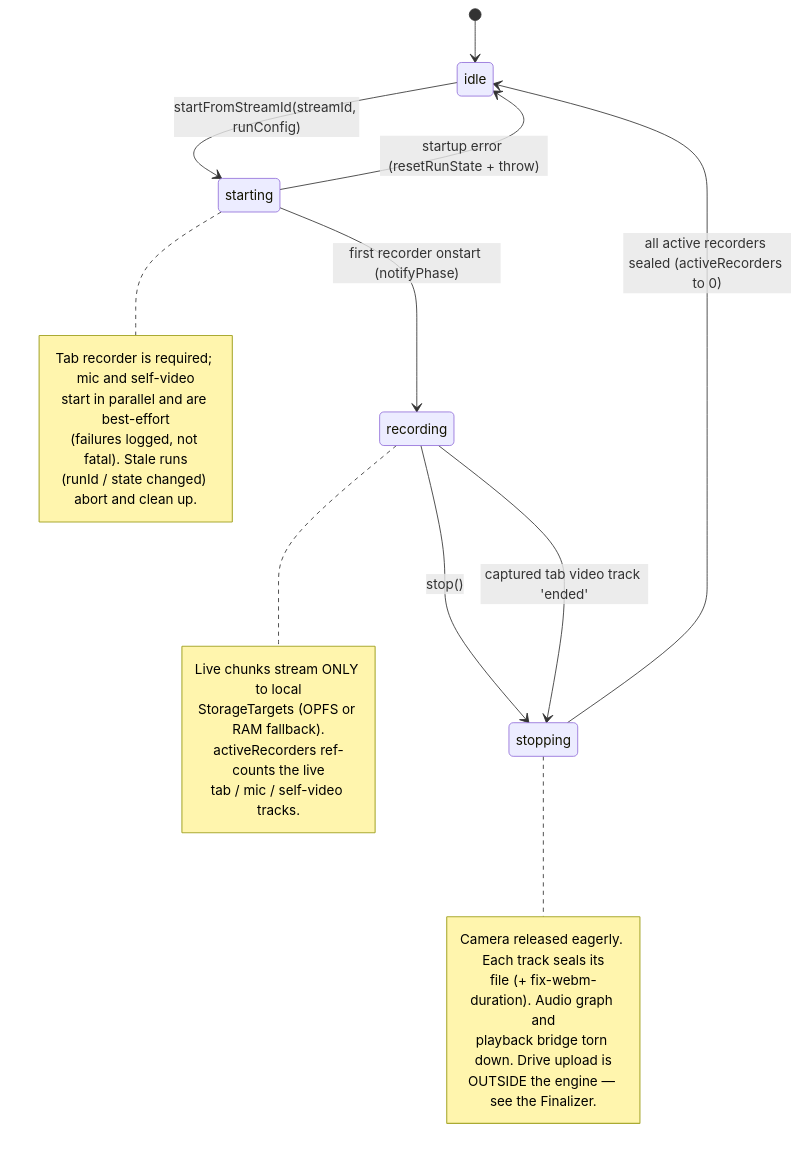
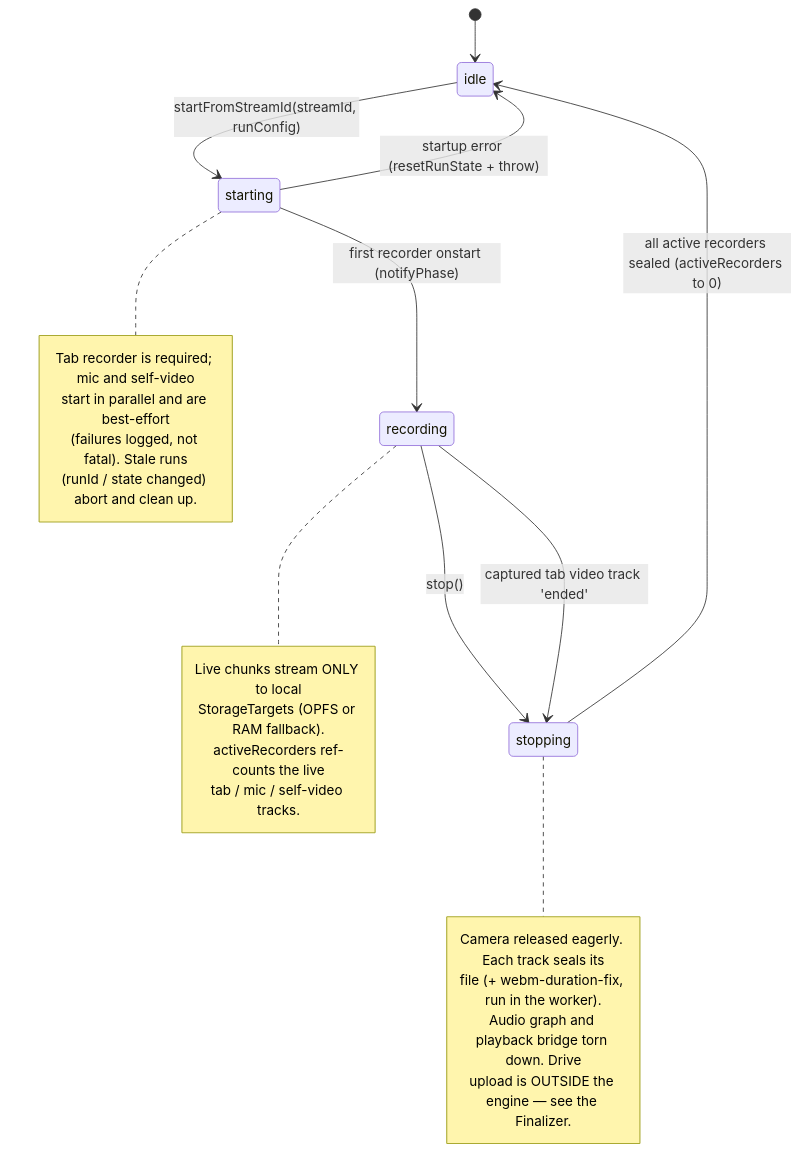
One commit to kstroevsky/chrome-meeting-recording-extension changed the eighth of 17 diagrams in README.md. Above: the diagram before and after it, drawn with Mermaid. The commit also changed other lines of this file and 1 other file, not shown here.

````diff
--- a/README.md
+++ b/README.md
@@ -1394,31 +1400,31 @@
 ```mermaid
 stateDiagram-v2
     [*] --> idle
     idle --> starting: startFromStreamId(streamId, runConfig)
     starting --> recording: first recorder onstart (notifyPhase)
     starting --> idle: startup error (resetRunState + throw)
     recording --> stopping: stop()
     recording --> stopping: captured tab video track 'ended'
     stopping --> idle: all active recorders sealed (activeRecorders to 0)
 
     note right of starting
         Tab recorder is required; mic and self-video
         start in parallel and are best-effort
         (failures logged, not fatal). Stale runs
         (runId / state changed) abort and clean up.
     end note
 
     note right of recording
         Live chunks stream ONLY to local
         StorageTargets (OPFS or RAM fallback).
         activeRecorders ref-counts the live
         tab / mic / self-video tracks.
     end note
 
     note right of stopping
         Camera released eagerly. Each track seals its
-        file (+ fix-webm-duration). Audio graph and
-        playback bridge torn down. Drive upload is
-        OUTSIDE the engine — see the Finalizer.
+        file (+ webm-duration-fix, run in the worker).
+        Audio graph and playback bridge torn down. Drive
+        upload is OUTSIDE the engine — see the Finalizer.
     end note
 ```
````
